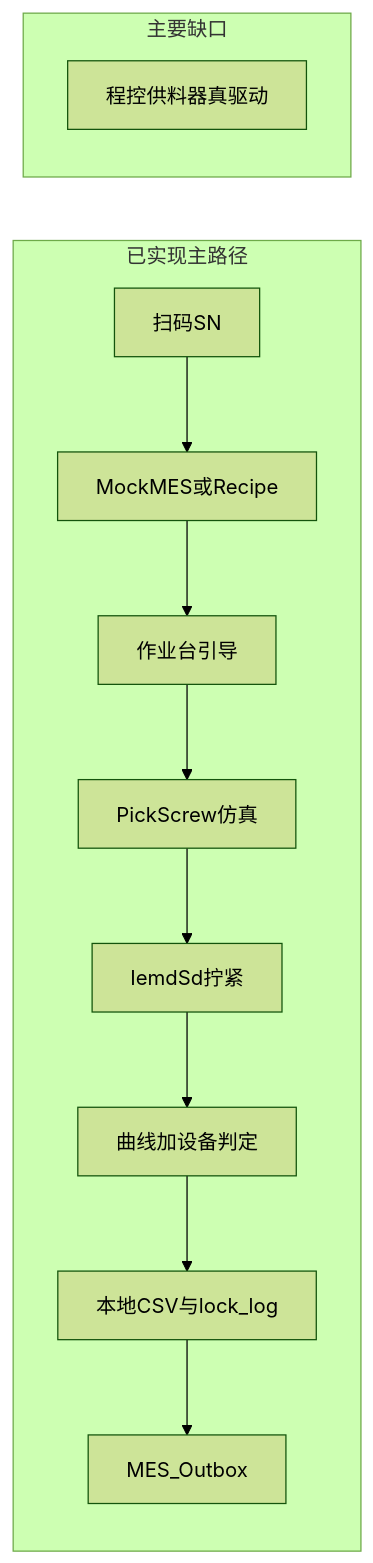
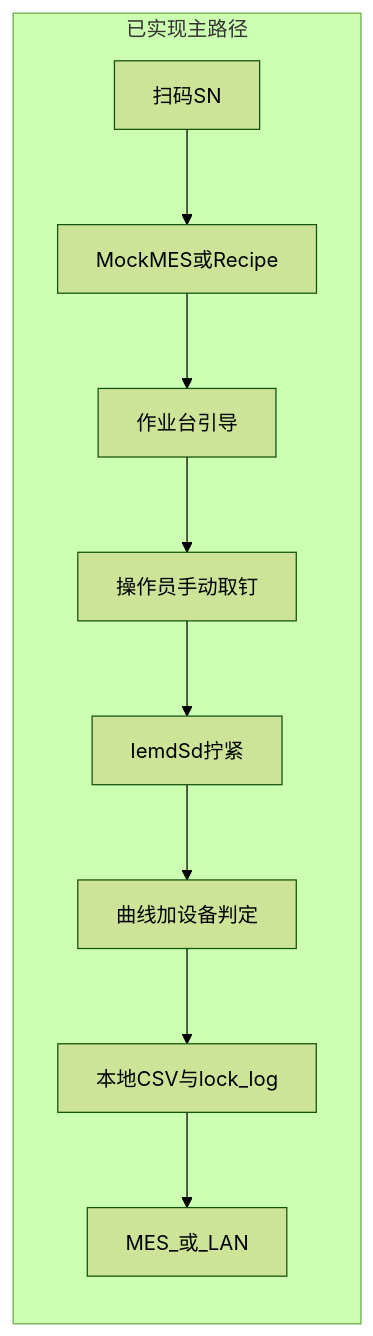
One commit to JacobLiou/AutoScrew changed the diagram in doc/TODO.md. Above: the diagram before and after it, drawn with Mermaid (forest theme). The commit also changed other lines of this file and 6 other files, not shown here.

````diff
--- a/doc/TODO.md
+++ b/doc/TODO.md
@@ -52,15 +54,12 @@
 ```mermaid
 flowchart LR
   subgraph done [已实现主路径]
     SN[扫码SN] --> MES[MockMES或Recipe]
     MES --> UI[作业台引导]
-    UI --> FeedSim[PickScrew仿真]
-    FeedSim --> HW[IemdSd拧紧]
+    UI --> Manual[操作员手动取钉]
+    Manual --> HW[IemdSd拧紧]
     HW --> Judge[曲线加设备判定]
     Judge --> Archive[本地CSV与lock_log]
-    Archive --> Outbox[MES_Outbox]
-  end
-  subgraph gap [主要缺口]
-    Feeder[程控供料器真驱动]
+    Archive --> Outbox[MES_或_LAN]
   end
 ```
````
